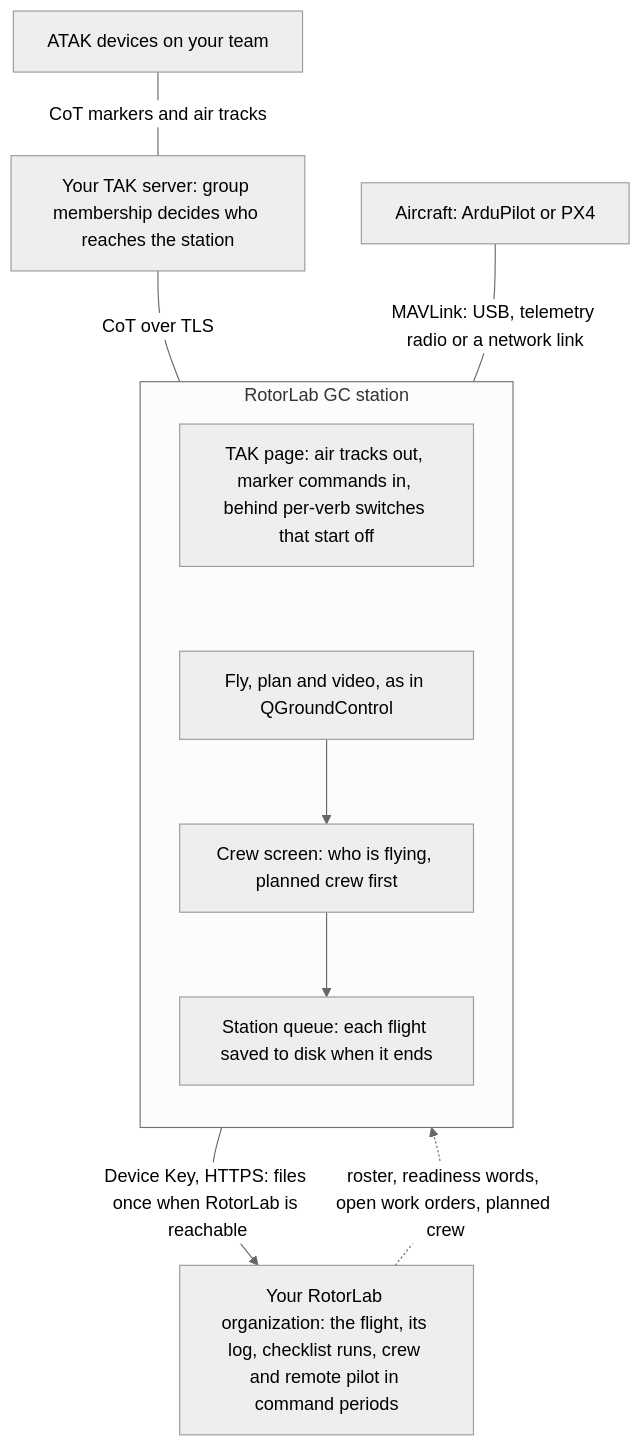
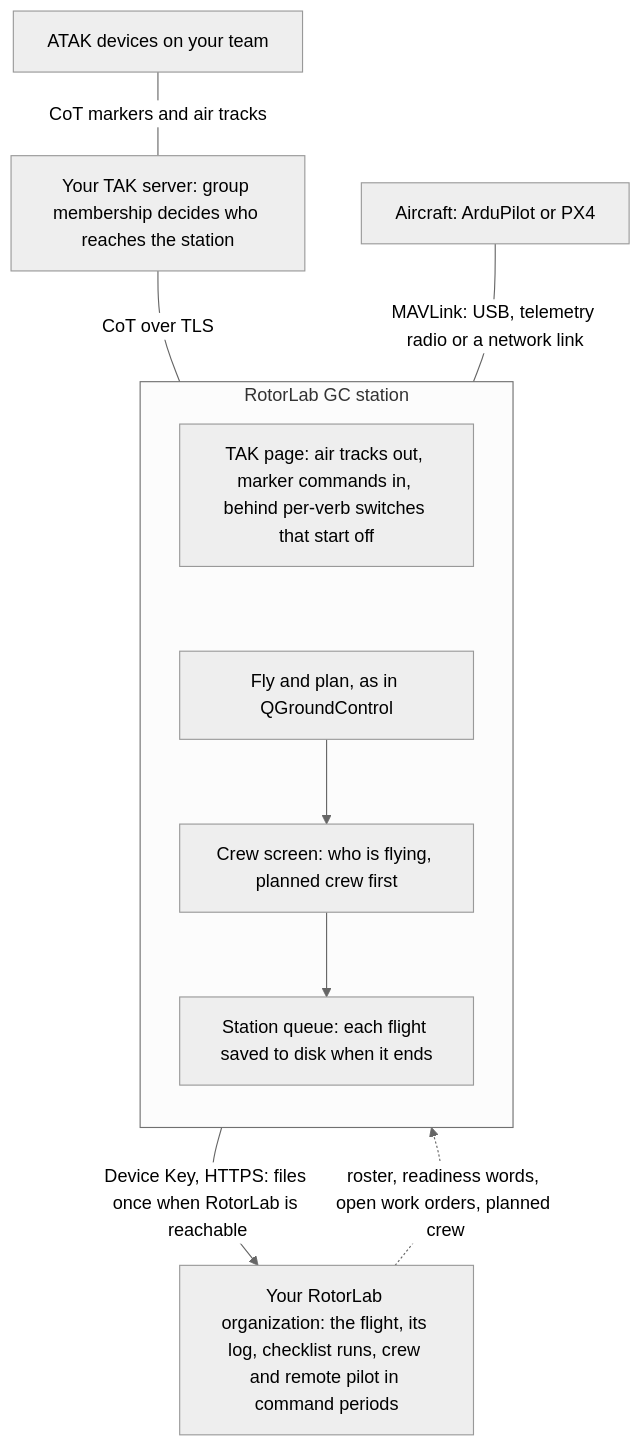
Before and after one commit to RotorLabApp/RotorLabGC: the diagram in README.md, drawn with Mermaid (neutral theme). The commit also changed other lines of this file and 420 other files, not shown here.

````diff
--- a/README.md
+++ b/README.md
@@ -137,22 +149,22 @@
 ```mermaid
 flowchart TB
     ATAK["ATAK devices on your team"]
     TAK["Your TAK server: group membership decides who reaches the station"]
     AC["Aircraft: ArduPilot or PX4"]
     ATAK --- |"CoT markers and air tracks"| TAK
 
     subgraph GC["RotorLab GC station"]
         direction TB
         TAKP["TAK page: air tracks out, marker commands in, behind per-verb switches that start off"]
-        FLY["Fly, plan and video, as in QGroundControl"]
+        FLY["Fly and plan, as in QGroundControl"]
         CREW["Crew screen: who is flying, planned crew first"]
         Q["Station queue: each flight saved to disk when it ends"]
         TAKP ~~~ FLY
         FLY --> CREW --> Q
     end
 
     TAK --- |"CoT over TLS"| TAKP
     AC --- |"MAVLink: USB, telemetry radio or a network link"| FLY
     Q -- "Device Key, HTTPS: files once when RotorLab is reachable" --> RL["Your RotorLab organization: the flight, its log, checklist runs, crew and remote pilot in command periods"]
     RL -. "roster, readiness words, open work orders, planned crew" .-> CREW
 ```
````
